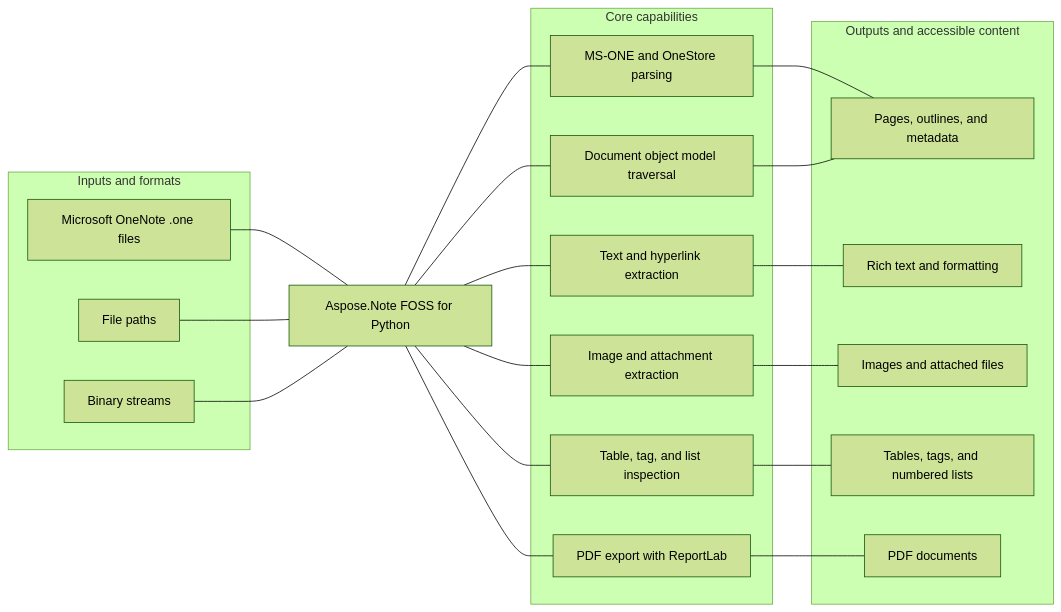
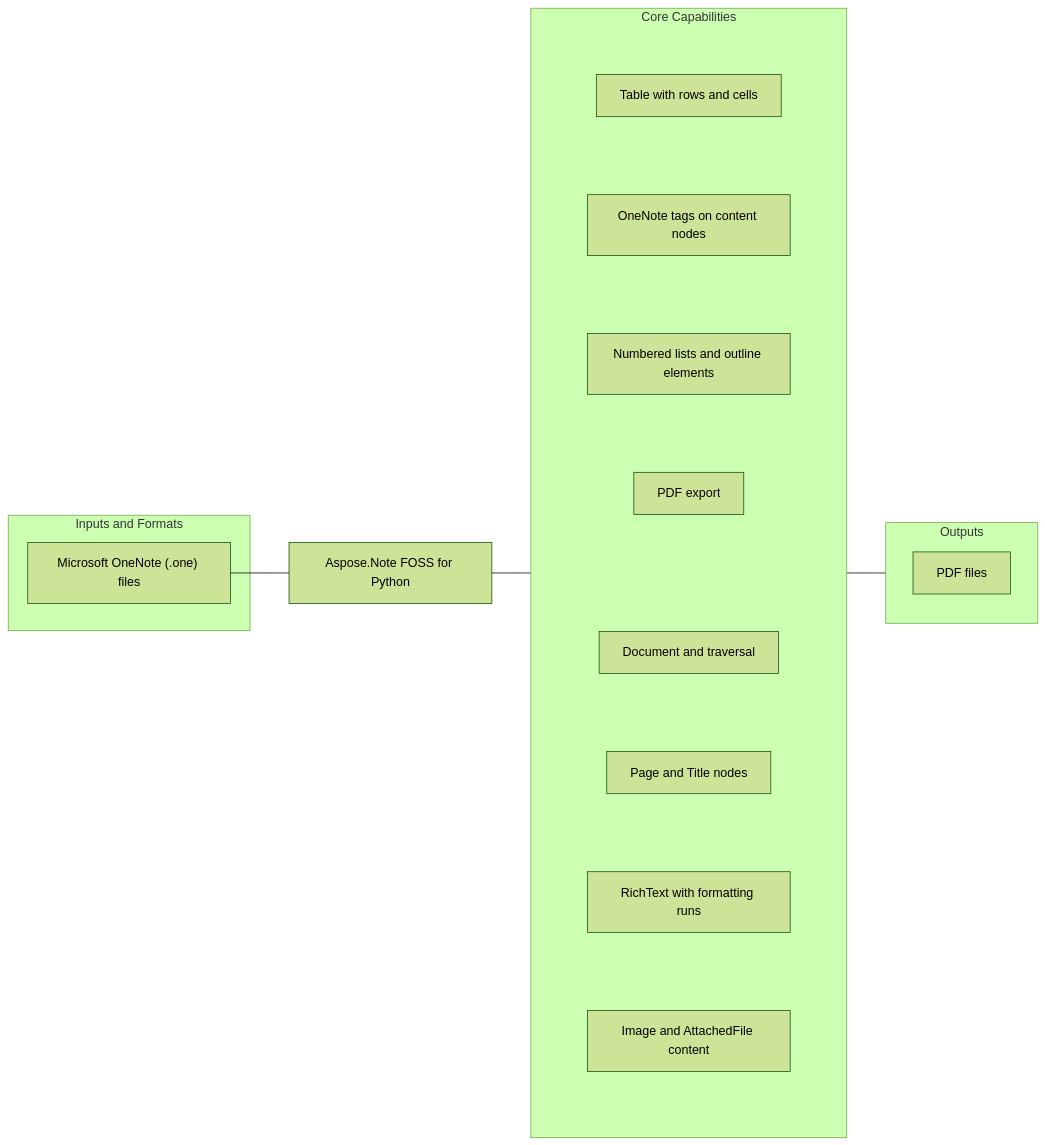
The diagram in plans/investigations/evidence/readme-presentation-contract-v1/aspose-note-foss-python-golden.md (babar-raza/foss-readme-optimizer), drawn with Mermaid (forest theme) before and after one commit. The commit also changed other lines of this file and 166 other files, not shown here.

````diff
--- a/plans/investigations/evidence/readme-presentation-contract-v1/aspose-note-foss-python-golden.md
+++ b/plans/investigations/evidence/readme-presentation-contract-v1/aspose-note-foss-python-golden.md
@@ -24,43 +23,42 @@
 ```mermaid
 flowchart LR
-  subgraph Inputs["Inputs and formats"]
-    I1["Microsoft OneNote .one files"]
-    I2["File paths"]
-    I3["Binary streams"]
+  subgraph Inputs["Inputs and Formats"]
+    I1["Microsoft OneNote (.one) files"]
   end
 
   PRODUCT["Aspose.Note FOSS for Python"]
 
-  subgraph Capabilities["Core capabilities"]
-    C1["MS-ONE and OneStore parsing"]
-    C2["Document object model traversal"]
-    C3["Text and hyperlink extraction"]
-    C4["Image and attachment extraction"]
-    C5["Table, tag, and list inspection"]
-    C6["PDF export with ReportLab"]
+  subgraph Capabilities["Core Capabilities"]
+    direction LR
+    subgraph CapabilityColumn1[" "]
+      direction TB
+      C1["Document and traversal"]
+      C2["Page and Title nodes"]
+      C3["RichText with formatting runs"]
+      C4["Image and AttachedFile content"]
+      C1 ~~~ C2
+      C2 ~~~ C3
+      C3 ~~~ C4
+    end
+    subgraph CapabilityColumn2[" "]
+      direction TB
+      C5["Table with rows and cells"]
+      C6["OneNote tags on content nodes"]
+      C7["Numbered lists and outline elements"]
+      C8["PDF export"]
+      C5 ~~~ C6
+      C6 ~~~ C7
+      C7 ~~~ C8
+    end
   end
+  style CapabilityColumn1 fill:none,stroke:none
+  style CapabilityColumn2 fill:none,stroke:none
 
-  subgraph Outputs["Outputs and accessible content"]
-    O1["Pages, outlines, and metadata"]
-    O2["Rich text and formatting"]
-    O3["Images and attached files"]
-    O4["Tables, tags, and numbered lists"]
-    O5["PDF documents"]
+  subgraph Outputs["Outputs"]
+    O1["PDF files"]
   end
 
   I1 --- PRODUCT
-  I2 --- PRODUCT
-  I3 --- PRODUCT
-  PRODUCT --- C1
-  PRODUCT --- C2
-  PRODUCT --- C3
-  PRODUCT --- C4
-  PRODUCT --- C5
-  PRODUCT --- C6
-  C1 --- O1
-  C2 --- O1
-  C3 --- O2
-  C4 --- O3
-  C5 --- O4
-  C6 --- O5
+  PRODUCT --- Capabilities
+  Capabilities --- Outputs
 ```
````
